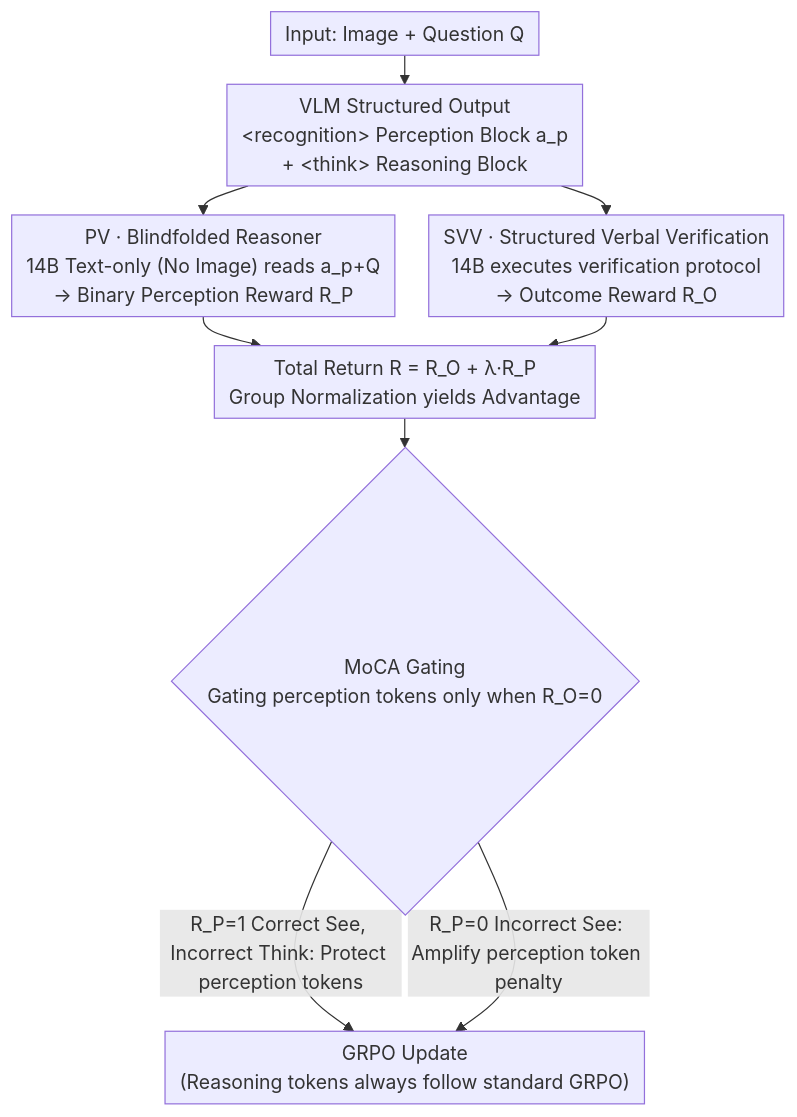
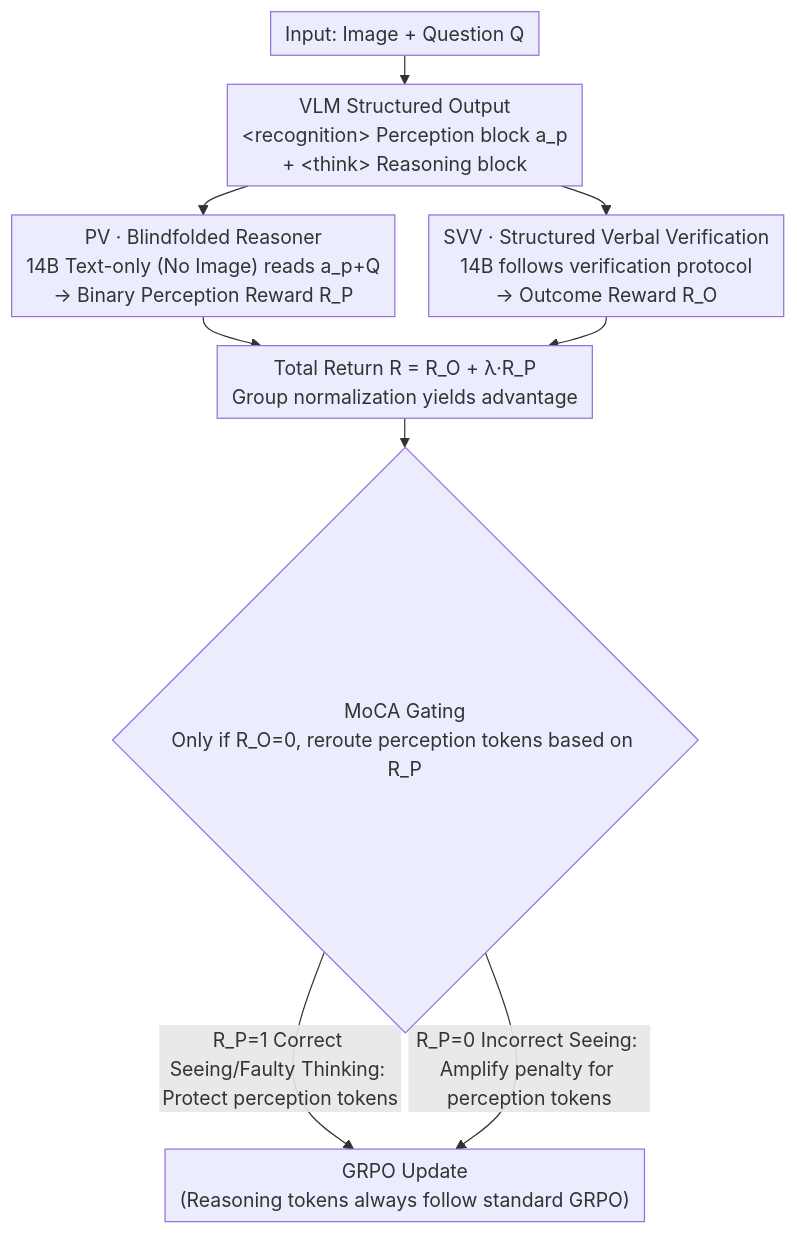
The diagram in docs/ICML2026/vlm_reasoning/bad_seeing_or_bad_thinking_rewarding_perception_for_vision-language_reasoning.md (zhaoyang97/Paper-Notes-en), drawn with Mermaid before and after one commit. The commit also changed other lines of this file and 5084 other files, not shown here.

````diff
--- a/docs/ICML2026/vlm_reasoning/bad_seeing_or_bad_thinking_rewarding_perception_for_vision-language_reasoning.md
+++ b/docs/ICML2026/vlm_reasoning/bad_seeing_or_bad_thinking_rewarding_perception_for_vision-language_reasoning.md
@@ -46,12 +46,12 @@
 ```mermaid
 %%{init: {'flowchart': {'rankSpacing': 24, 'nodeSpacing': 28, 'padding': 6, 'wrappingWidth': 400}}}%%
 flowchart TD
-    A["Input: Image + Question Q"] --> B["VLM Structured Output<br/>&lt;recognition&gt; Perception Block a_p<br/>+ &lt;think&gt; Reasoning Block"]
+    A["Input: Image + Question Q"] --> B["VLM Structured Output<br/>&lt;recognition&gt; Perception block a_p<br/>+ &lt;think&gt; Reasoning block"]
     B --> C["PV · Blindfolded Reasoner<br/>14B Text-only (No Image) reads a_p+Q<br/>→ Binary Perception Reward R_P"]
-    B --> D["SVV · Structured Verbal Verification<br/>14B executes verification protocol<br/>→ Outcome Reward R_O"]
-    C --> E["Total Return R = R_O + λ·R_P<br/>Group Normalization yields Advantage"]
+    B --> D["SVV · Structured Verbal Verification<br/>14B follows verification protocol<br/>→ Outcome Reward R_O"]
+    C --> E["Total Return R = R_O + λ·R_P<br/>Group normalization yields advantage"]
     D --> E
-    E --> F{"MoCA Gating<br/>Gating perception tokens only when R_O=0"}
-    F -->|"R_P=1 Correct See, Incorrect Think: Protect perception tokens"| G["GRPO Update<br/>(Reasoning tokens always follow standard GRPO)"]
-    F -->|"R_P=0 Incorrect See: Amplify perception token penalty"| G
+    E --> F{"MoCA Gating<br/>Only if R_O=0, reroute perception tokens based on R_P"}
+    F -->|"R_P=1 Correct Seeing/Faulty Thinking: Protect perception tokens"| G["GRPO Update<br/>(Reasoning tokens always follow standard GRPO)"]
+    F -->|"R_P=0 Incorrect Seeing: Amplify penalty for perception tokens"| G
 ```
````
